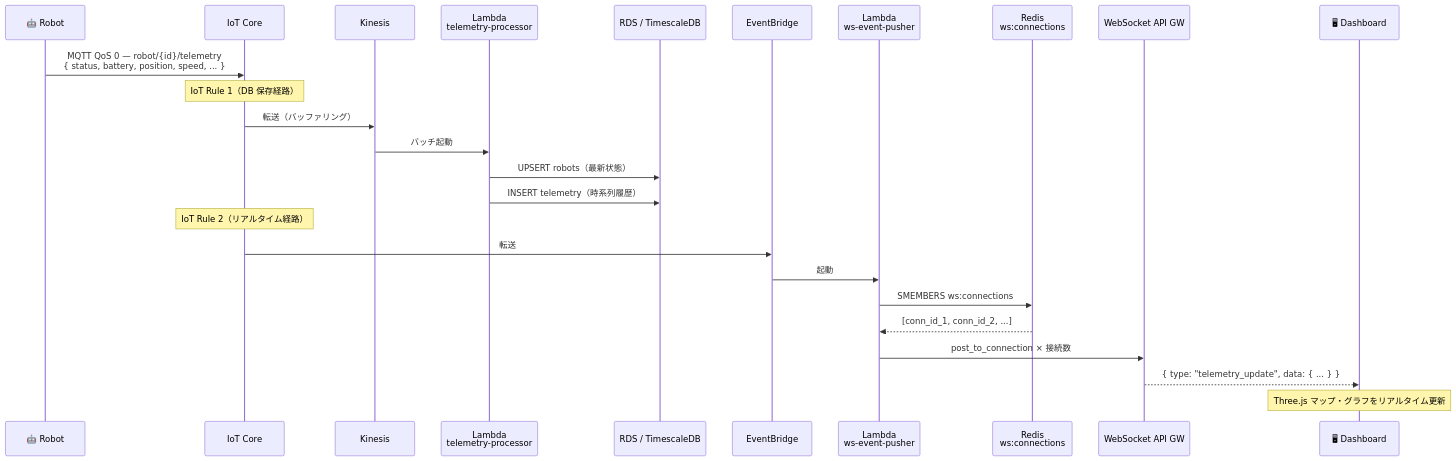
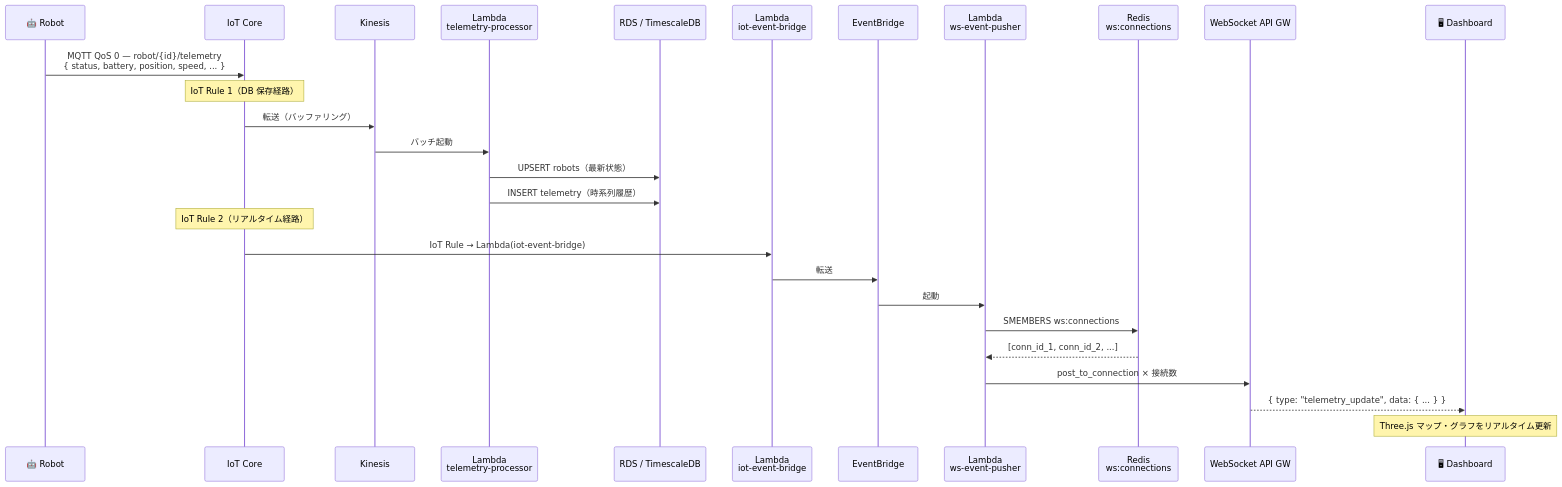
The second of 4 diagrams in docs/robotops-article.md (kojikokojiko/autonomous_cleaning_robot_fleet_platform), drawn with Mermaid before and after one commit. The commit also changed other lines of this file and 3 other files, not shown here.

First line of the commit message:
Update docs and AWS architecture diagram to reflect current config

````diff
--- a/docs/robotops-article.md
+++ b/docs/robotops-article.md
@@ -390,30 +398,32 @@
 ```mermaid
 sequenceDiagram
     participant R  as 🤖 Robot
     participant IOT as IoT Core
     participant KDS as Kinesis
     participant LTEL as Lambda<br>telemetry-processor
     participant DB  as RDS / TimescaleDB
+    participant LROUTER as Lambda<br>iot-event-bridge
     participant EVB as EventBridge
     participant LEVT as Lambda<br>ws-event-pusher
     participant REDIS as Redis<br>ws:connections
     participant WS  as WebSocket API GW
     participant DASH as 🖥 Dashboard
 
     R->>IOT: MQTT QoS 0 — robot/{id}/telemetry<br>{ status, battery, position, speed, ... }
 
     note over IOT: IoT Rule 1（DB 保存経路）
     IOT->>KDS: 転送（バッファリング）
     KDS->>LTEL: バッチ起動
     LTEL->>DB: UPSERT robots（最新状態）
     LTEL->>DB: INSERT telemetry（時系列履歴）
 
     note over IOT: IoT Rule 2（リアルタイム経路）
-    IOT->>EVB: 転送
+    IOT->>LROUTER: IoT Rule → Lambda(iot-event-bridge)
+    LROUTER->>EVB: 転送
     EVB->>LEVT: 起動
     LEVT->>REDIS: SMEMBERS ws:connections
     REDIS-->>LEVT: [conn_id_1, conn_id_2, ...]
     LEVT->>WS: post_to_connection × 接続数
     WS-->>DASH: { type: "telemetry_update", data: { ... } }
     note over DASH: Three.js マップ・グラフをリアルタイム更新
 ```
````
